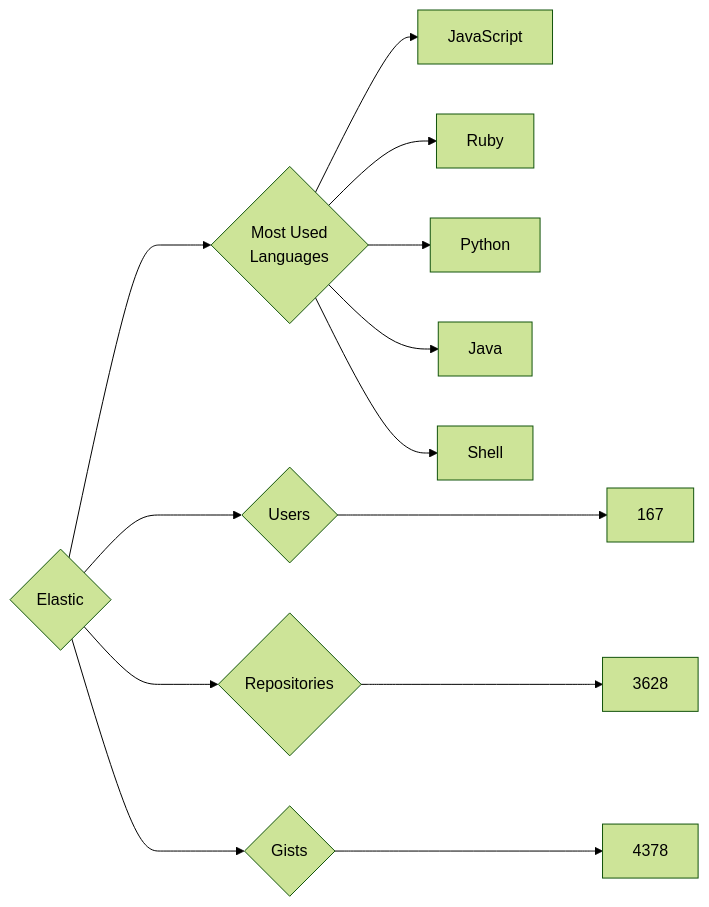
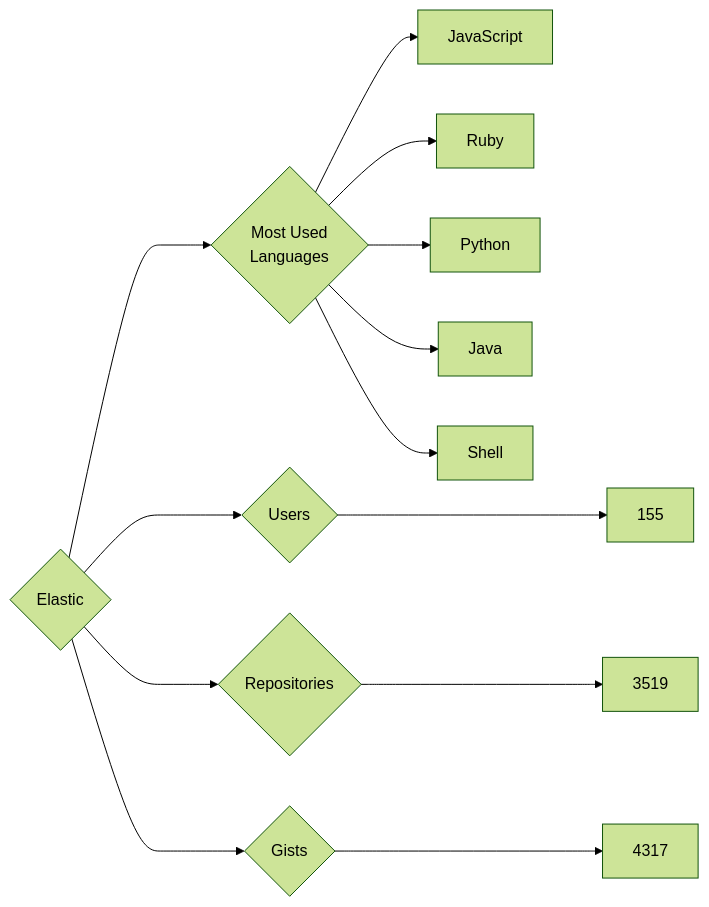
One commit to trickest/insiders changed the diagram in targets/Elastic/README.md. Above: the diagram before and after it, drawn with Mermaid (forest theme). The commit also changed 838 other files, not shown here.

````diff
--- a/targets/Elastic/README.md
+++ b/targets/Elastic/README.md
@@ -3,13 +3,13 @@
 ```mermaid
 graph LR
 COMPANY_NAME{Elastic}
-COMPANY_NAME ---> U{Users} ---> UN[167]
-COMPANY_NAME ---> R{Repositories} ---> RN[3628]
-COMPANY_NAME ---> G{Gists} ---> GN[4378]
+COMPANY_NAME ---> U{Users} ---> UN[155]
+COMPANY_NAME ---> R{Repositories} ---> RN[3519]
+COMPANY_NAME ---> G{Gists} ---> GN[4317]
 COMPANY_NAME ---> ML{Most Used<br>Languages}
 ML --> JavaScript[JavaScript]
 ML --> Ruby[Ruby]
 ML --> Python[Python]
 ML --> Java[Java]
 ML --> Shell[Shell]
 ```
````
